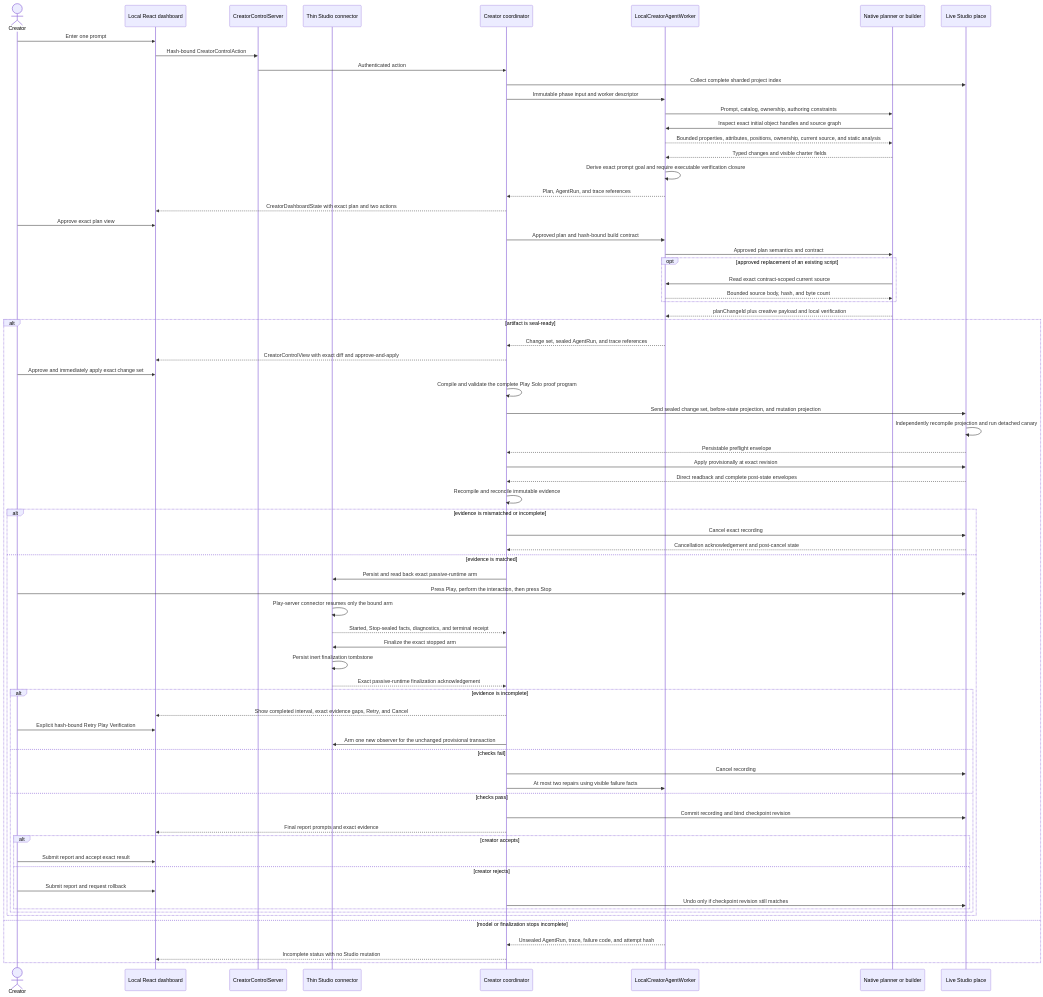
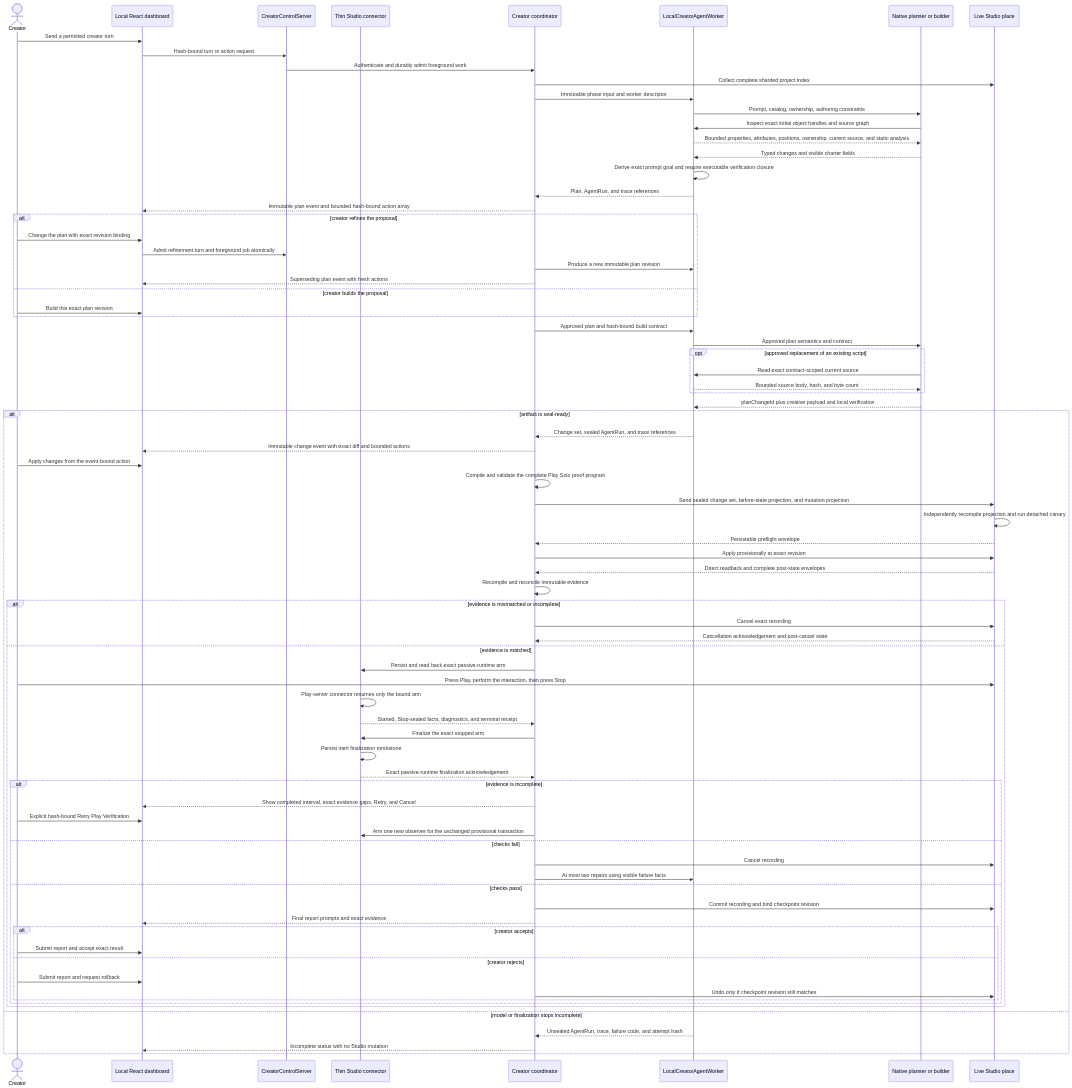
One commit to mawawdi/forge changed the second of 3 diagrams in docs/ARCHITECTURE.md. Above: the diagram before and after it, drawn with Mermaid. The commit also changed other lines of this file and 146 other files, not shown here.

Commit message:
Refactor Forge runtime and evaluation architecture

```diff
--- a/docs/ARCHITECTURE.md
+++ b/docs/ARCHITECTURE.md
@@ -101,9 +243,9 @@
     participant Model as Native planner or builder
     participant Studio as Live Studio place
 
-    Creator->>Dashboard: Enter one prompt
-    Dashboard->>Control: Hash-bound CreatorControlAction
-    Control->>Forge: Authenticated action
+    Creator->>Dashboard: Send a permitted creator turn
+    Dashboard->>Control: Hash-bound turn or action request
+    Control->>Forge: Authenticate and durably admit foreground work
     Forge->>Studio: Collect complete sharded project index
     Forge->>Worker: Immutable phase input and worker descriptor
     Worker->>Model: Prompt, catalog, ownership, authoring constraints
@@ -112,8 +254,15 @@
     Model-->>Worker: Typed changes and visible charter fields
     Worker->>Worker: Derive exact prompt goal and require executable verification closure
     Worker-->>Forge: Plan, AgentRun, and trace references
-    Forge-->>Dashboard: CreatorDashboardState with exact plan and two actions
-    Creator->>Dashboard: Approve exact plan view
+    Forge-->>Dashboard: Immutable plan event and bounded hash-bound action array
+    alt creator refines the proposal
+        Creator->>Dashboard: Change the plan with exact revision binding
+        Dashboard->>Control: Admit refinement turn and foreground job atomically
+        Forge->>Worker: Produce a new immutable plan revision
+        Forge-->>Dashboard: Superseding plan event with fresh actions
+    else creator builds the proposal
+        Creator->>Dashboard: Build this exact plan revision
+    end
     Forge->>Worker: Approved plan and hash-bound build contract
     Worker->>Model: Approved plan semantics and contract
     opt approved replacement of an existing script
@@ -123,8 +272,8 @@
     Model-->>Worker: planChangeId plus creative payload and local verification
     alt artifact is seal-ready
         Worker-->>Forge: Change set, sealed AgentRun, and trace references
-        Forge-->>Dashboard: CreatorControlView with exact diff and approve-and-apply
-        Creator->>Dashboard: Approve and immediately apply exact change set
+        Forge-->>Dashboard: Immutable change event with exact diff and bounded actions
+        Creator->>Dashboard: Apply changes from the event-bound action
         Forge->>Forge: Compile and validate the complete Play Solo proof program
         Forge->>Studio: Send sealed change set, before-state projection, and mutation projection
         Studio->>Studio: Independently recompile projection and run detached canary
```
